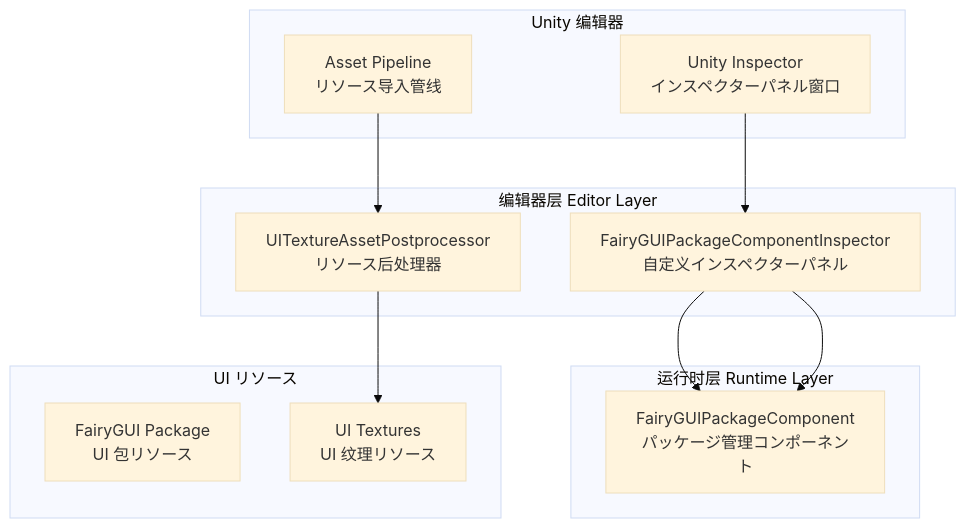
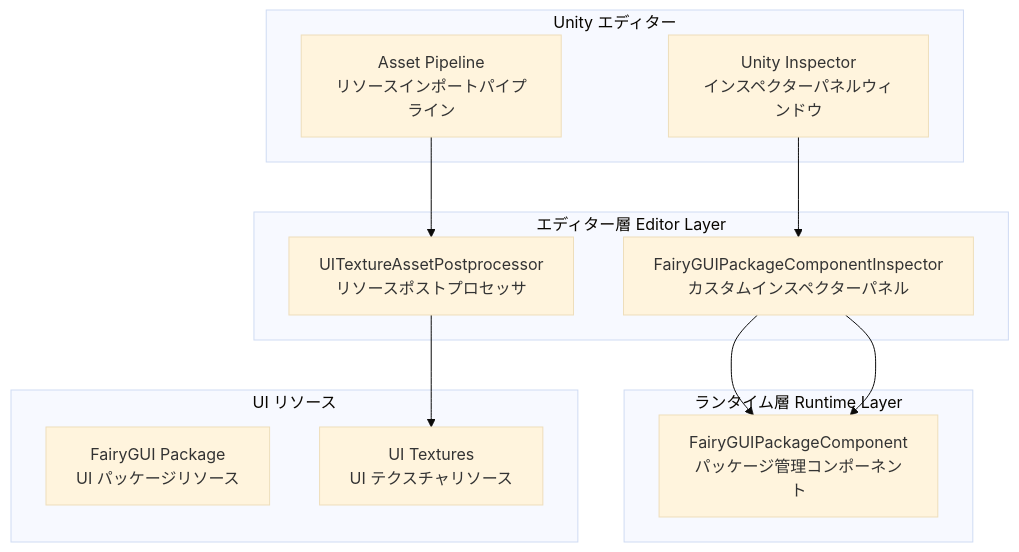
The first of 2 diagrams in docs/ja/client/unity/component/ui-fairygui/14.editor-config.md (AlianBlank/GameFrameX.Docs), drawn with Mermaid (base theme) before and after one commit. The commit also changed other lines of this file and 320 other files, not shown here.

````diff
--- a/docs/ja/client/unity/component/ui-fairygui/14.editor-config.md
+++ b/docs/ja/client/unity/component/ui-fairygui/14.editor-config.md
@@ -16,27 +16,27 @@
 ```mermaid
 graph TD
-    subgraph Editor["编辑器层 Editor Layer"]
-        Inspector["FairyGUIPackageComponentInspector<br/>自定义インスペクターパネル"]
-        Postprocessor["UITextureAssetPostprocessor<br/>リソース后处理器"]
+    subgraph Editor["エディター層 Editor Layer"]
+        Inspector["FairyGUIPackageComponentInspector<br/>カスタムインスペクターパネル"]
+        Postprocessor["UITextureAssetPostprocessor<br/>リソースポストプロセッサ"]
     end
 
-    subgraph Runtime["运行时层 Runtime Layer"]
+    subgraph Runtime["ランタイム層 Runtime Layer"]
         PackageComponent["FairyGUIPackageComponent<br/>パッケージ管理コンポーネント"]
     end
 
-    subgraph UnityEditor["Unity 编辑器"]
-        UnityInspector["Unity Inspector<br/>インスペクターパネル窗口"]
-        AssetPipeline["Asset Pipeline<br/>リソース导入管线"]
+    subgraph UnityEditor["Unity エディター"]
+        UnityInspector["Unity Inspector<br/>インスペクターパネルウィンドウ"]
+        AssetPipeline["Asset Pipeline<br/>リソースインポートパイプライン"]
     end
 
     subgraph UIAssets["UI リソース"]
-        Package["FairyGUI Package<br/>UI 包リソース"]
-        Textures["UI Textures<br/>UI 纹理リソース"]
+        Package["FairyGUI Package<br/>UI パッケージリソース"]
+        Textures["UI Textures<br/>UI テクスチャリソース"]
     end
 
     Inspector --> PackageComponent
     UnityInspector --> Inspector
     Inspector --> PackageComponent
     Postprocessor --> Textures
     AssetPipeline --> Postprocessor
 ```
````
